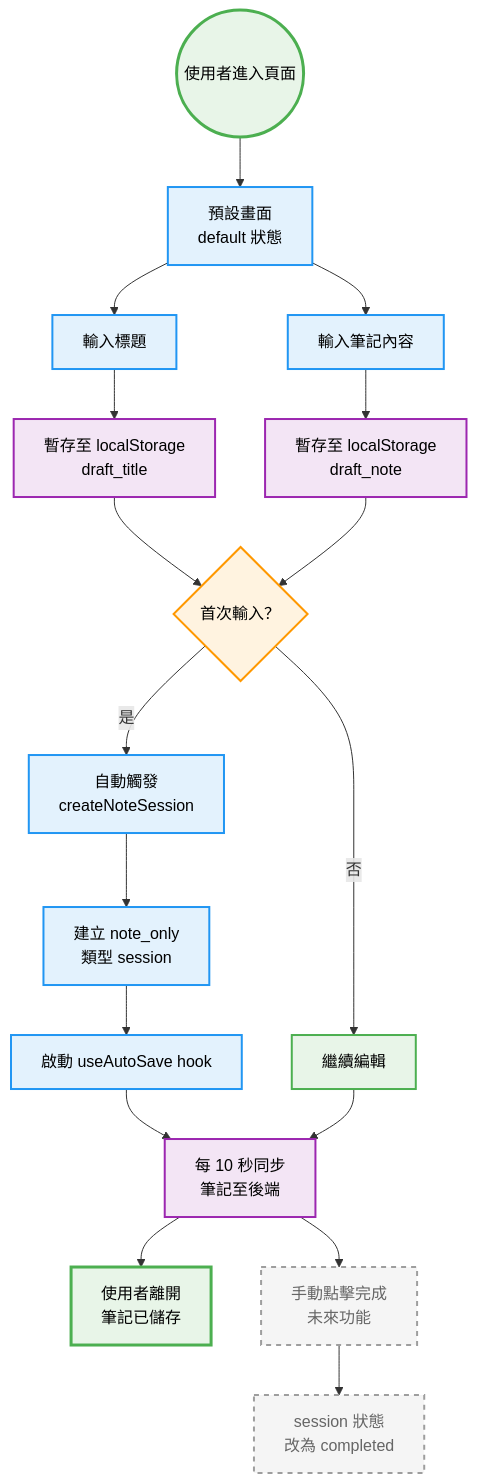
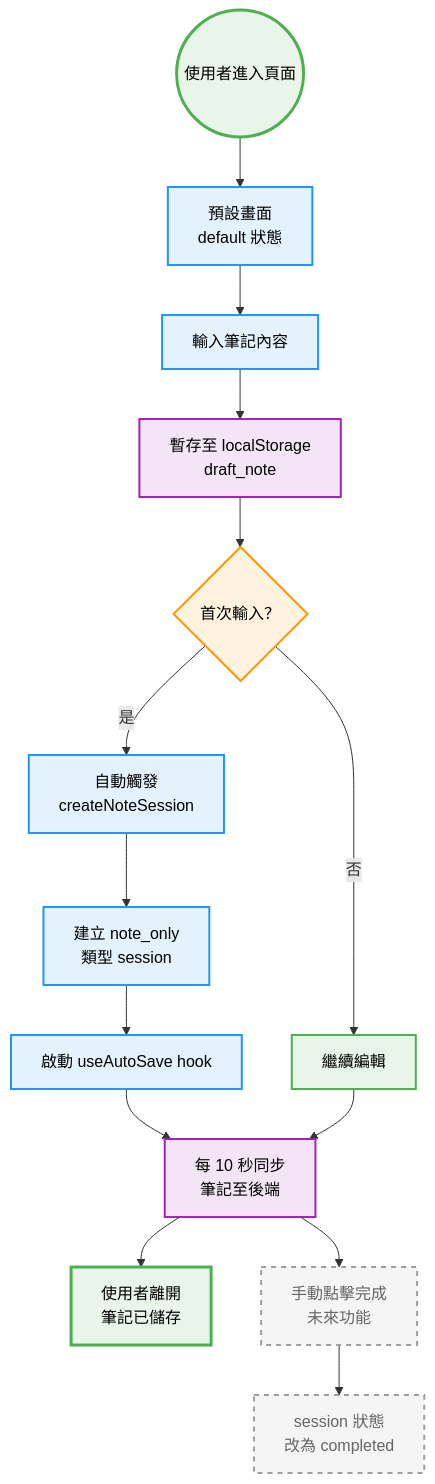
Before and after one commit to otoitsuki/study-scriber: the third of 3 diagrams in SPEC.md, drawn with Mermaid. The commit also changed other lines of this file and 28 other files, not shown here.

````diff
--- a/SPEC.md
+++ b/SPEC.md
@@ -295,45 +337,42 @@
 ```mermaid
 graph TD
     A((使用者進入頁面)) --> B[預設畫面<br/>default 狀態]
     
-    B --> C[輸入標題]
-    B --> D[輸入筆記內容]
+    B --> C[輸入筆記內容]
     
-    C --> E[暫存至 localStorage<br/>draft_title]
-    D --> F[暫存至 localStorage<br/>draft_note]
+    C --> D[暫存至 localStorage<br/>draft_note]
     
-    E --> G{首次輸入？}
-    F --> G
+    D --> E{首次輸入？}
     
-    G -->|是| H[自動觸發<br/>createNoteSession]
-    G -->|否| I[繼續編輯]
+    E -->|是| F[自動觸發<br/>createNoteSession]
+    E -->|否| G[繼續編輯]
     
-    H --> J[建立 note_only<br/>類型 session]
+    F --> H[建立 note_only<br/>類型 session]
     
-    J --> K[啟動 useAutoSave hook]
+    H --> I[啟動 useAutoSave hook]
     
-    K --> L[每 10 秒同步<br/>筆記至後端]
+    I --> J[每 10 秒同步<br/>筆記至後端]
     
-    I --> L
-    L --> M[使用者離開<br/>筆記已儲存]
-    L --> N[手動點擊完成<br/>未來功能]
+    G --> J
+    J --> K[使用者離開<br/>筆記已儲存]
+    J --> L[手動點擊完成<br/>未來功能]
     
-    N --> O[session 狀態<br/>改為 completed]
+    L --> M[session 狀態<br/>改為 completed]
     
     %% 樣式定義
     classDef startEndStyle fill:#e8f5e8,stroke:#4caf50,stroke-width:3px,color:#000
     classDef processStyle fill:#e3f2fd,stroke:#2196f3,stroke-width:2px,color:#000
     classDef decisionStyle fill:#fff3e0,stroke:#ff9800,stroke-width:2px,color:#000
     classDef dataStyle fill:#f3e5f5,stroke:#9c27b0,stroke-width:2px,color:#000
     classDef autoStyle fill:#e8f5e8,stroke:#4caf50,stroke-width:2px,color:#000
     classDef futureStyle fill:#f5f5f5,stroke:#9e9e9e,stroke-width:2px,color:#666,stroke-dasharray: 5 5
     
     %% 應用樣式
-    class A,M startEndStyle
-    class B,C,D,H,J,K processStyle
-    class G decisionStyle
-    class E,F,L dataStyle
-    class I autoStyle
-    class N,O futureStyle
+    class A,K startEndStyle
+    class B,C,F,H,I processStyle
+    class E decisionStyle
+    class D,J dataStyle
+    class G autoStyle
+    class L,M futureStyle
 
 ```
````
